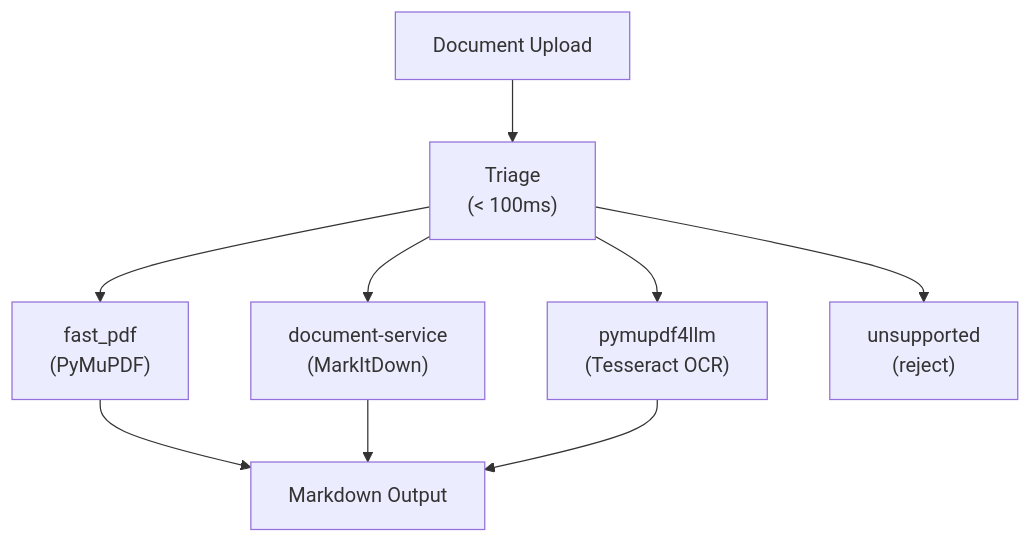
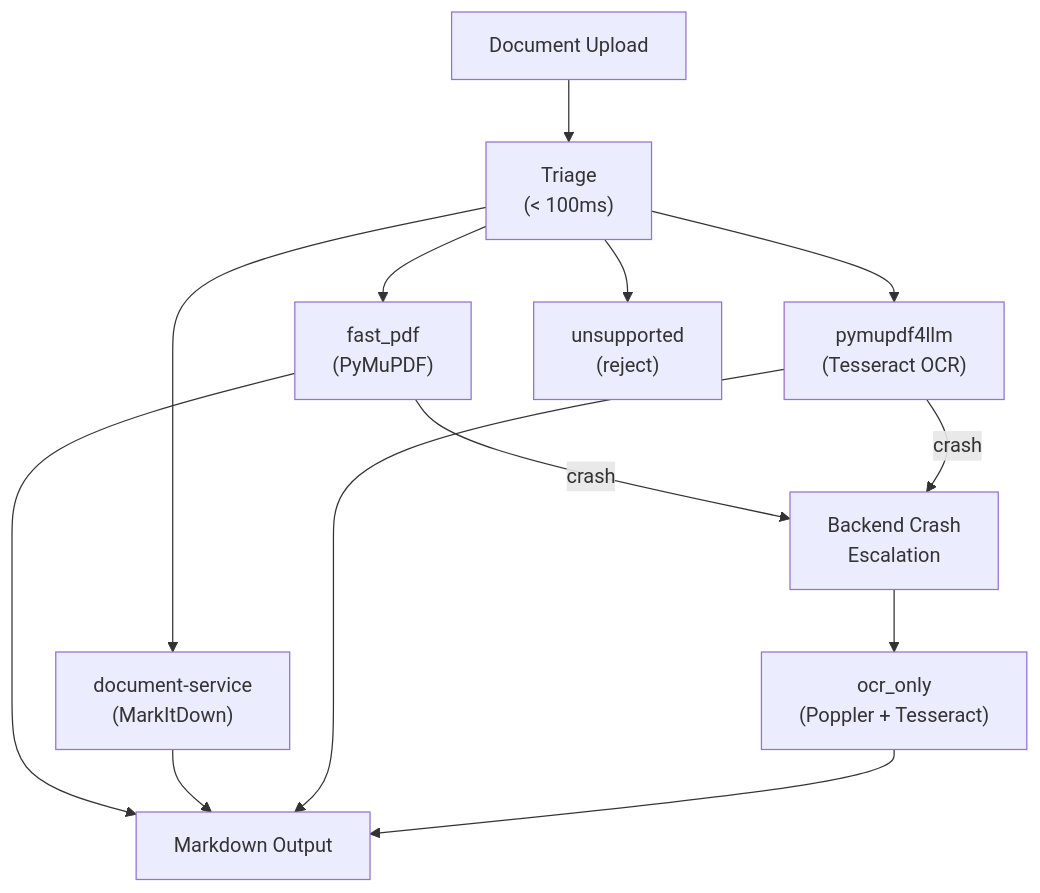
One commit to Amivero-LLC/curatore-localdev changed the diagram in docs/EXTRACTION_SERVICES.md. Above: the diagram before and after it, drawn with Mermaid. The commit also changed other lines of this file and 1 other file, not shown here.

First line of the commit message:
Update submodules and docs: crashproof ocr_only extraction engine

````diff
--- a/docs/EXTRACTION_SERVICES.md
+++ b/docs/EXTRACTION_SERVICES.md
@@ -9,11 +9,15 @@
 ```mermaid
 flowchart TD
     Upload["Document Upload"] --> Triage["Triage\n(< 100ms)"]
     Triage --> FastPDF["fast_pdf\n(PyMuPDF)"]
     Triage --> DocSvc["document-service\n(MarkItDown)"]
     Triage --> PyMuPDF4LLM["pymupdf4llm\n(Tesseract OCR)"]
     Triage --> Unsupported["unsupported\n(reject)"]
     FastPDF --> Output["Markdown Output"]
     DocSvc --> Output
     PyMuPDF4LLM --> Output
+    FastPDF -- "crash" --> Escalation["Backend Crash\nEscalation"]
+    PyMuPDF4LLM -- "crash" --> Escalation
+    Escalation --> OcrOnly["ocr_only\n(Poppler + Tesseract)"]
+    OcrOnly --> Output
 ```
````
